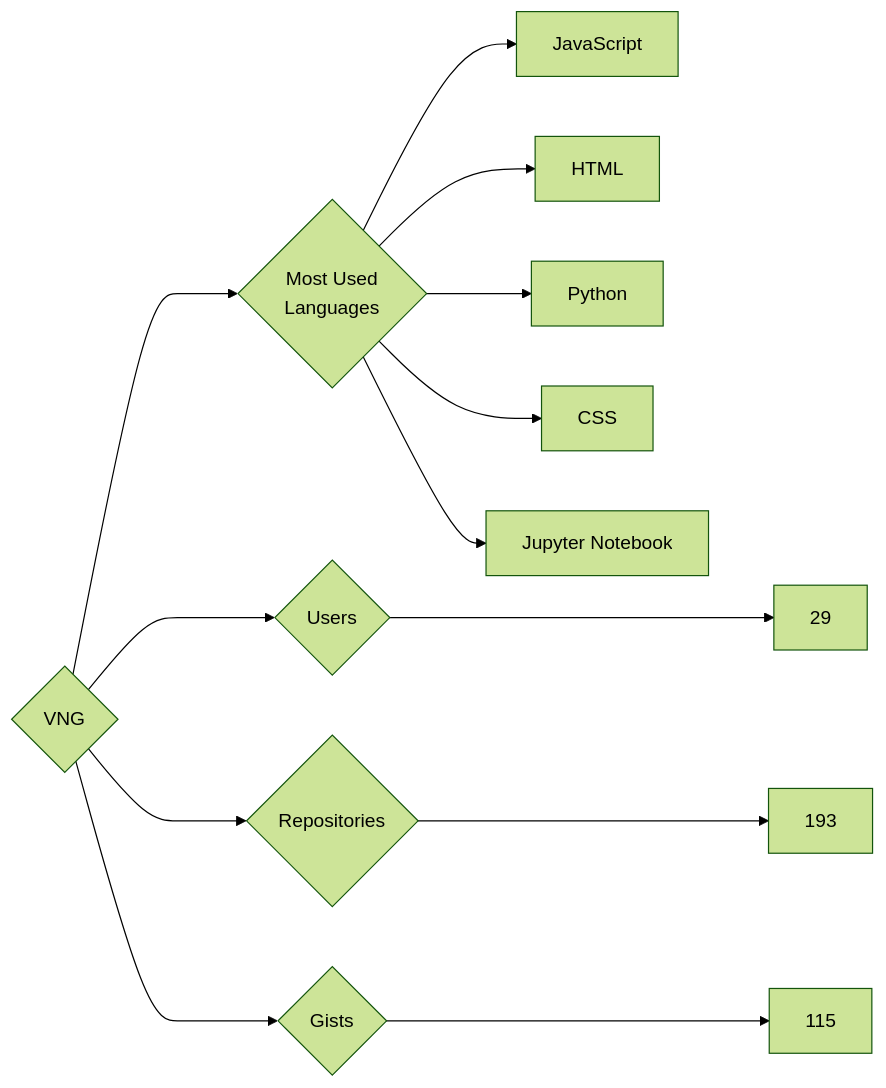
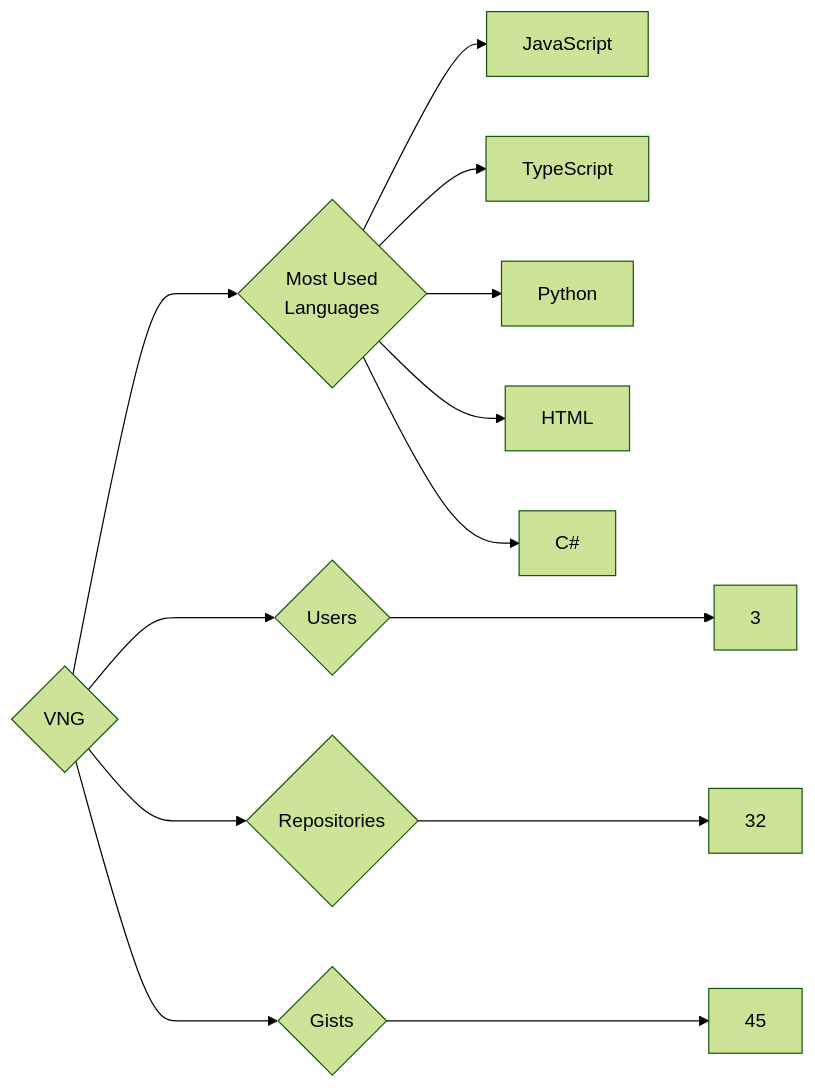
Before and after one commit to trickest/insiders: the diagram in targets/VNG/README.md, drawn with Mermaid (forest theme). The commit also changed 835 other files, not shown here.

````diff
--- a/targets/VNG/README.md
+++ b/targets/VNG/README.md
@@ -3,13 +3,13 @@
 ```mermaid
 graph LR
 COMPANY_NAME{VNG}
-COMPANY_NAME ---> U{Users} ---> UN[29]
-COMPANY_NAME ---> R{Repositories} ---> RN[193]
-COMPANY_NAME ---> G{Gists} ---> GN[115]
+COMPANY_NAME ---> U{Users} ---> UN[3]
+COMPANY_NAME ---> R{Repositories} ---> RN[32]
+COMPANY_NAME ---> G{Gists} ---> GN[45]
 COMPANY_NAME ---> ML{Most Used<br>Languages}
 ML --> JavaScript[JavaScript]
+ML --> TypeScript[TypeScript]
+ML --> Python[Python]
 ML --> HTML[HTML]
-ML --> Python[Python]
-ML --> CSS[CSS]
-ML --> Jupyter_Notebook[Jupyter Notebook]
+ML --> C#[C#]
 ```
````
